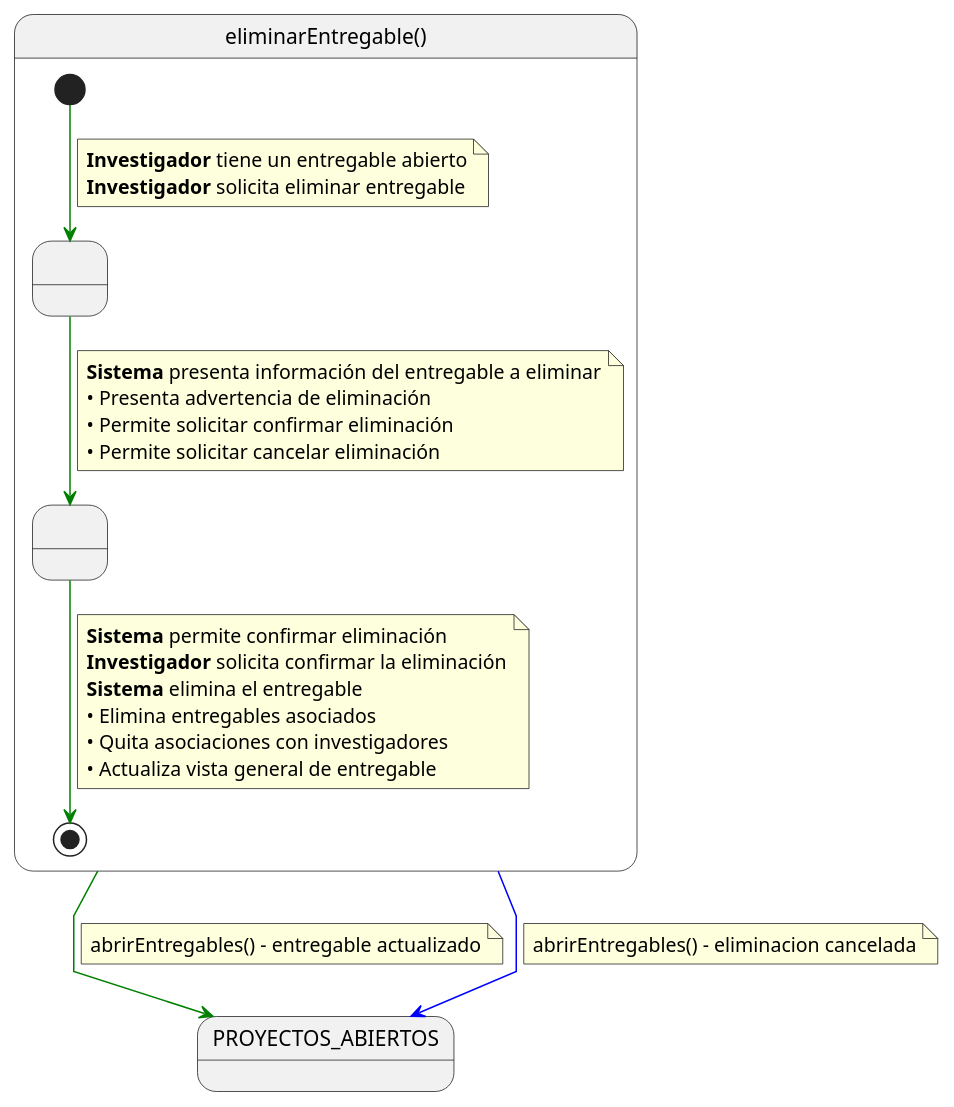
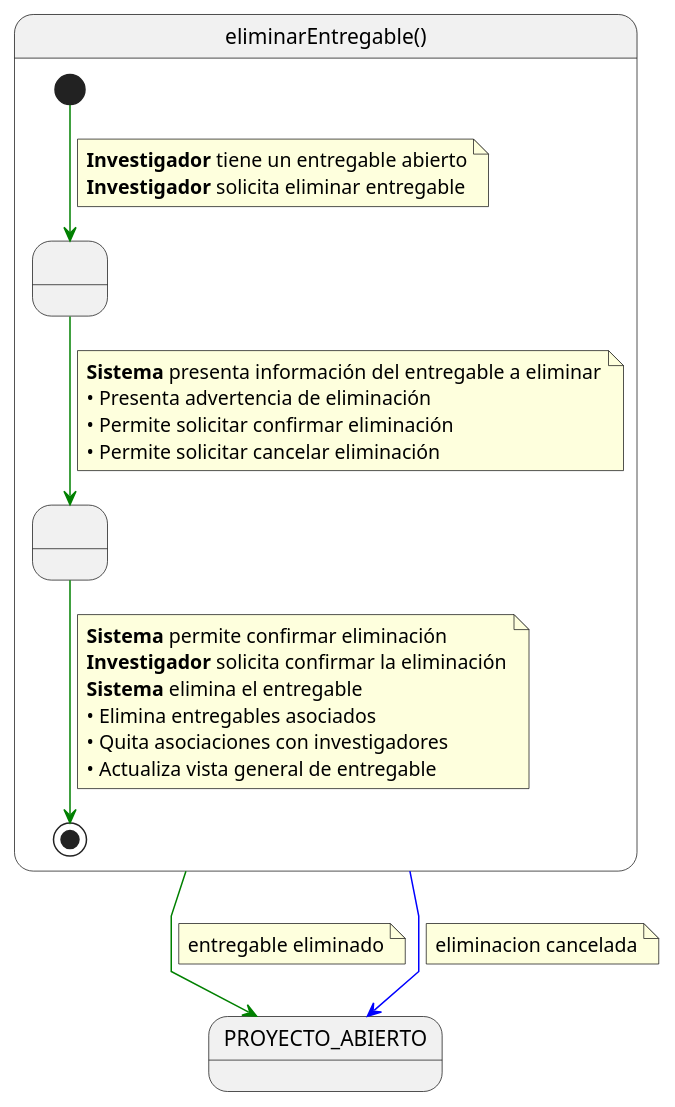
Before and after one commit to 31Diego/25-26-IdSw1-SdR: the diagram in documents/CasosDeUso/investigador/02-gestion-entregables/eliminarEntregable/eliminarEntregable.puml, drawn with PlantUML. The commit also changed 1 other file, not shown here.

Commit message:
fix/cambios de CdU eliminarEntregable

```diff
--- a/documents/CasosDeUso/investigador/02-gestion-entregables/eliminarEntregable/eliminarEntregable.puml
+++ b/documents/CasosDeUso/investigador/02-gestion-entregables/eliminarEntregable/eliminarEntregable.puml
@@ -1,45 +1,45 @@
 @startuml eliminarEntregable
 
 skinparam linetype polyline
 
 state eliminarEntregable as "eliminarEntregable()" {
 
     state " " as MostrandoEntregable
     state " " as ConfirmandoEliminacion
 
     [*] -[#green]-> MostrandoEntregable
     note on link
     <b>Investigador</b> tiene un entregable abierto
     <b>Investigador</b> solicita eliminar entregable
     end note
 
     MostrandoEntregable -[#green]-> ConfirmandoEliminacion
     note on link
     <b>Sistema</b> presenta información del entregable a eliminar
     • Presenta advertencia de eliminación
     • Permite solicitar confirmar eliminación
     • Permite solicitar cancelar eliminación
     end note
 
     ConfirmandoEliminacion -[#green]-> [*]
     note on link
     <b>Sistema</b> permite confirmar eliminación
     <b>Investigador</b> solicita confirmar la eliminación
     <b>Sistema</b> elimina el entregable
     • Elimina entregables asociados
     • Quita asociaciones con investigadores
     • Actualiza vista general de entregable
     end note
 }
 
-eliminarEntregable -[#green]-> PROYECTOS_ABIERTOS
+eliminarEntregable -[#green]-> PROYECTO_ABIERTO
 note on link
-abrirEntregables() - entregable actualizado
+entregable eliminado
 end note
 
-eliminarEntregable -[#blue]-> PROYECTOS_ABIERTOS
+eliminarEntregable -[#blue]-> PROYECTO_ABIERTO
 note on link
-abrirEntregables() - eliminacion cancelada
+eliminacion cancelada
 end note
 
 @enduml
```
